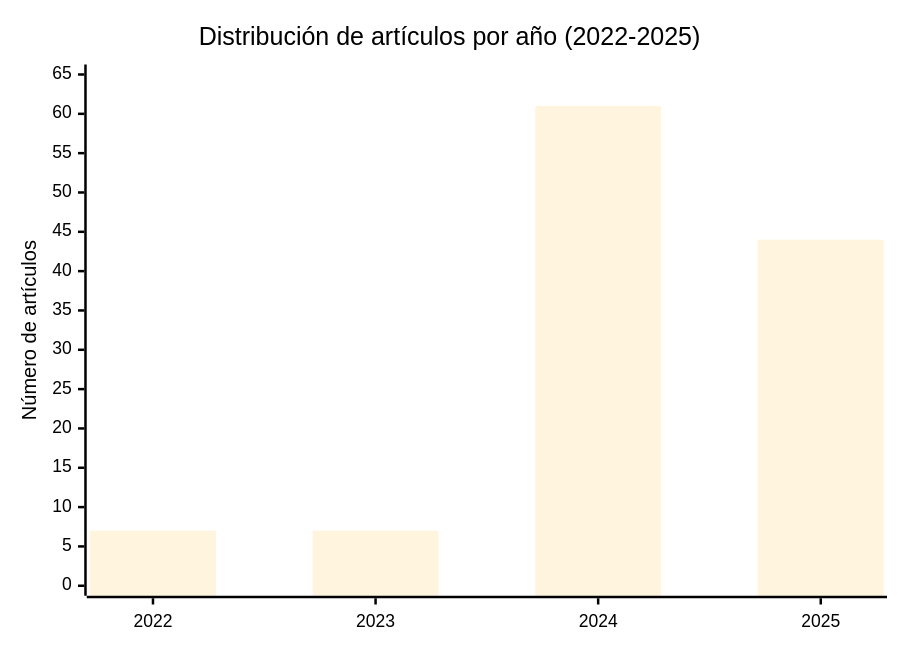
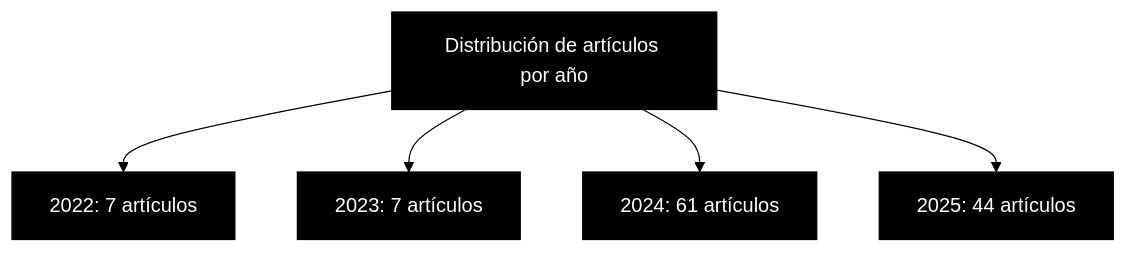
One commit to 686f6c61/llm-synthetic-personality-review changed the diagram in README.md. Above: the diagram before and after it, drawn with Mermaid.

Commit message:
Replace xychart with graph diagram in solid black
- Changed from xychart-beta to standard graph diagram
- All nodes in solid black (#000) with white text
- Better control over colors in Mermaid

````diff
--- a/README.md
+++ b/README.md
@@ -71,8 +71,15 @@
 ```mermaid
-%%{init: {'theme':'base', 'themeVariables': { 'primaryColor':'#000000', 'primaryTextColor':'#000000', 'primaryBorderColor':'#000000', 'lineColor':'#000000', 'secondaryColor':'#000000', 'tertiaryColor':'#000000', 'background':'#ffffff'}}}%%
-xychart-beta
-    title "Distribución de artículos por año (2022-2025)"
-    x-axis [2022, 2023, 2024, 2025]
-    y-axis "Número de artículos" 0 --> 65
-    bar [7, 7, 61, 44]
+%%{init: {'theme':'neutral', 'themeVariables': { 'primaryColor':'#000000', 'primaryTextColor':'#ffffff', 'primaryBorderColor':'#000000', 'lineColor':'#000000', 'secondaryColor':'#333333', 'tertiaryColor':'#666666'}}}%%
+graph TD
+    A["Distribución de artículos por año"]
+    A --> B["2022: 7 artículos"]
+    A --> C["2023: 7 artículos"]
+    A --> D["2024: 61 artículos"]
+    A --> E["2025: 44 artículos"]
+
+    style A fill:#000,stroke:#000,color:#fff
+    style B fill:#000,stroke:#000,color:#fff
+    style C fill:#000,stroke:#000,color:#fff
+    style D fill:#000,stroke:#000,color:#fff
+    style E fill:#000,stroke:#000,color:#fff
 ```
````
